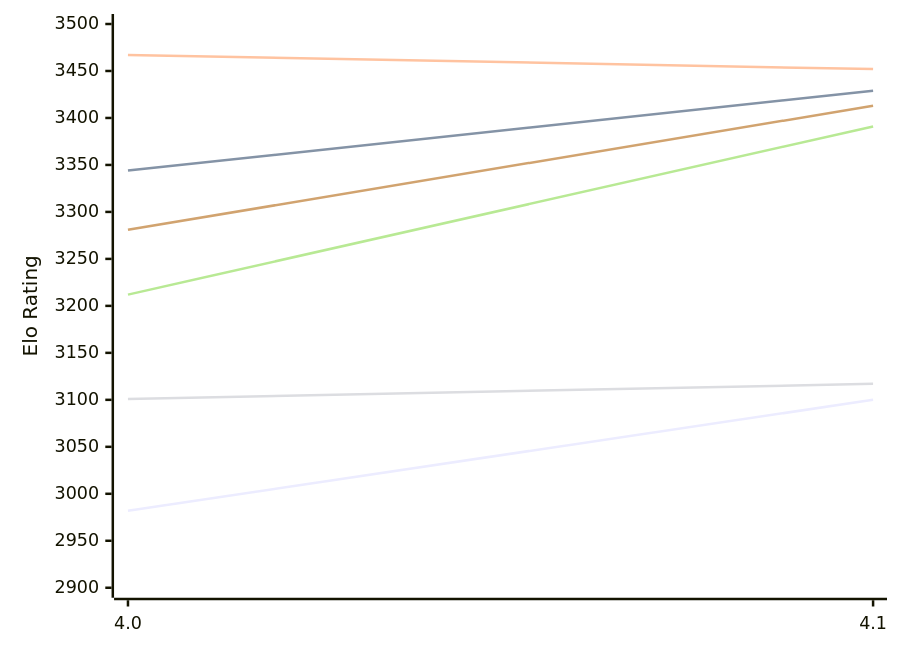
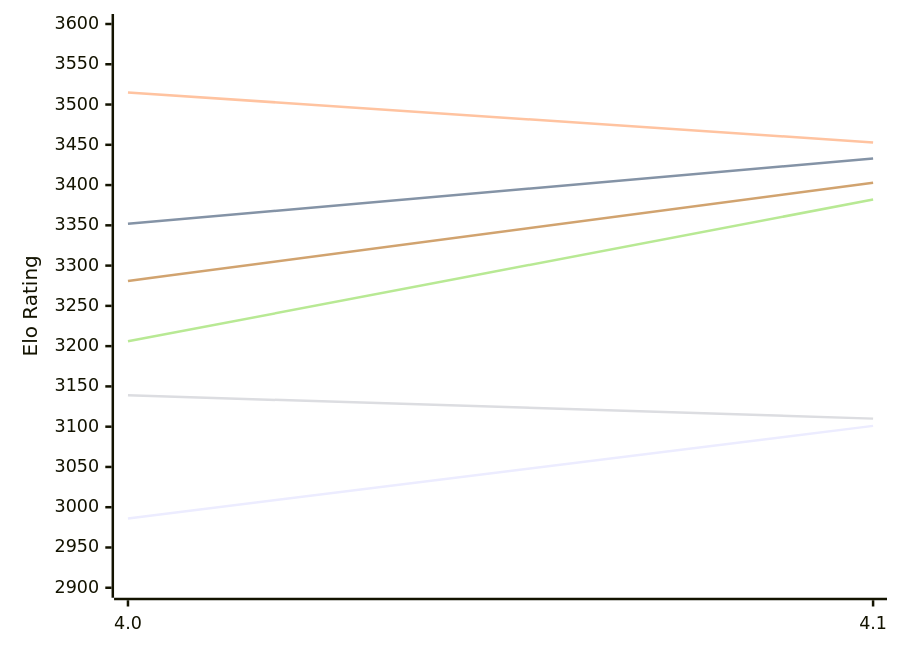
Before and after one commit to computer-chess-index/cci: the first of 2 diagrams in engines/Eleanor.md, drawn with Mermaid. The commit also changed other lines of this file, not shown here.

Commit message:
Update CCI Ratings (ELO VLTC) - 2026-11-15

````diff
--- a/engines/Eleanor.md
+++ b/engines/Eleanor.md
@@ -51,12 +51,12 @@
 ```mermaid
 %%{init: {"theme":"base","themeVariables":{"seriesColors:['#a3a3a3','#222221','#faa371']}}}%%
 xychart-beta
   x-axis ["4.0", "4.1"]
-  y-axis "Elo Rating" 2900 --> 3500
-  line "E1: STC (8.0+0.08s)" [2982, 3100]
-  line "E1: LTC (60.0+0.60s)" [3344, 3429]
-  line "E1: VLTC (2m24s+1.12s)" [3467, 3452]
-  line "P1: STC (8.0+0.08s)" [3101, 3117]
-  line "P1: LTC (60.0+0.60s)" [3212, 3391]
-  line "P1: VLTC (2m24s+1.12s)" [3281, 3413]
+  y-axis "Elo Rating" 2900 --> 3600
+  line "E1: STC (8.0+0.08s)" [2986, 3101]
+  line "E1: LTC (60.0+0.60s)" [3352, 3433]
+  line "E1: VLTC (2m24s+1.12s)" [3515, 3453]
+  line "P1: STC (8.0+0.08s)" [3139, 3110]
+  line "P1: LTC (60.0+0.60s)" [3206, 3382]
+  line "P1: VLTC (2m24s+1.12s)" [3281, 3403]
 ```
````
